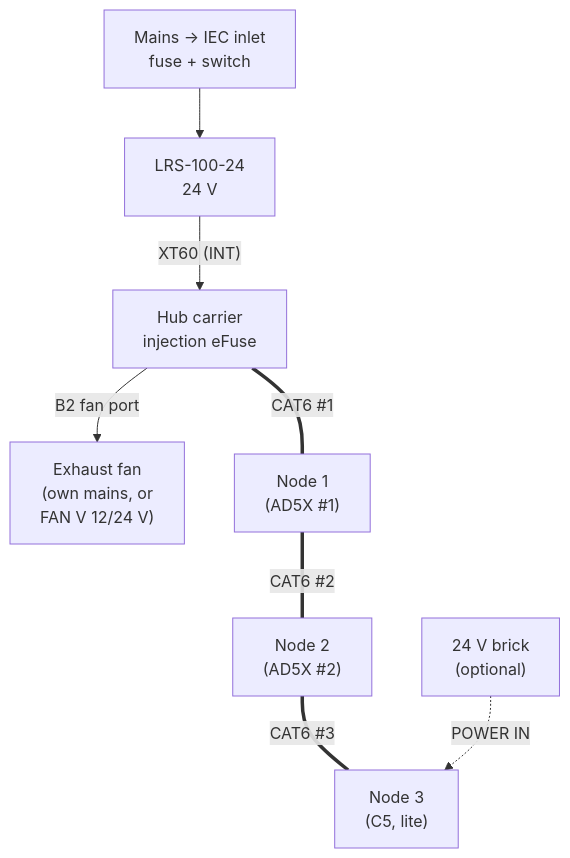
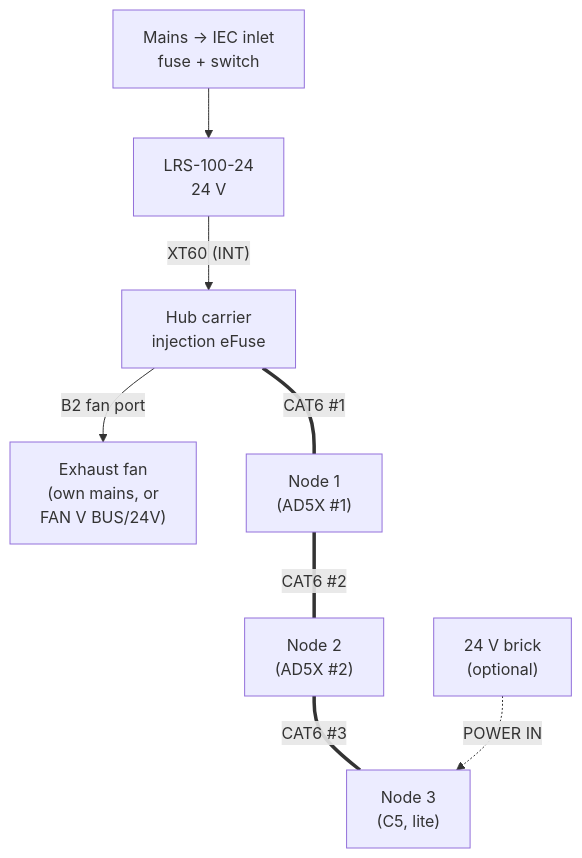
Before and after one commit to BashfulBits/3dp-fleet-exhaust: the first of 3 diagrams in docs/04_wiring_and_pinouts.md, drawn with Mermaid. The commit also changed other lines of this file and 5 other files, not shown here.

First line of the commit message:
D86: drop the 12 V fan buck; FAN V becomes a 1 x 3 BUS/24V jumper

````diff
--- a/docs/04_wiring_and_pinouts.md
+++ b/docs/04_wiring_and_pinouts.md
@@ -9,10 +9,10 @@
 ```mermaid
 flowchart TB
   IEC["Mains → IEC inlet<br>fuse + switch"] --> PSU["LRS-100-24<br>24 V"]
   PSU -->|"XT60 (INT)"| HC["Hub carrier<br>injection eFuse"]
-  HC -->|"B2 fan port"| FAN["Exhaust fan<br>(own mains, or<br>FAN V 12/24 V)"]
+  HC -->|"B2 fan port"| FAN["Exhaust fan<br>(own mains, or<br>FAN V BUS/24V)"]
   HC ===|"CAT6 #1"| N1["Node 1<br>(AD5X #1)"]
   N1 ===|"CAT6 #2"| N2["Node 2<br>(AD5X #2)"]
   N2 ===|"CAT6 #3"| N3["Node 3<br>(C5, lite)"]
   BR["24 V brick<br>(optional)"] -.->|"POWER IN"| N3
 ```
````
